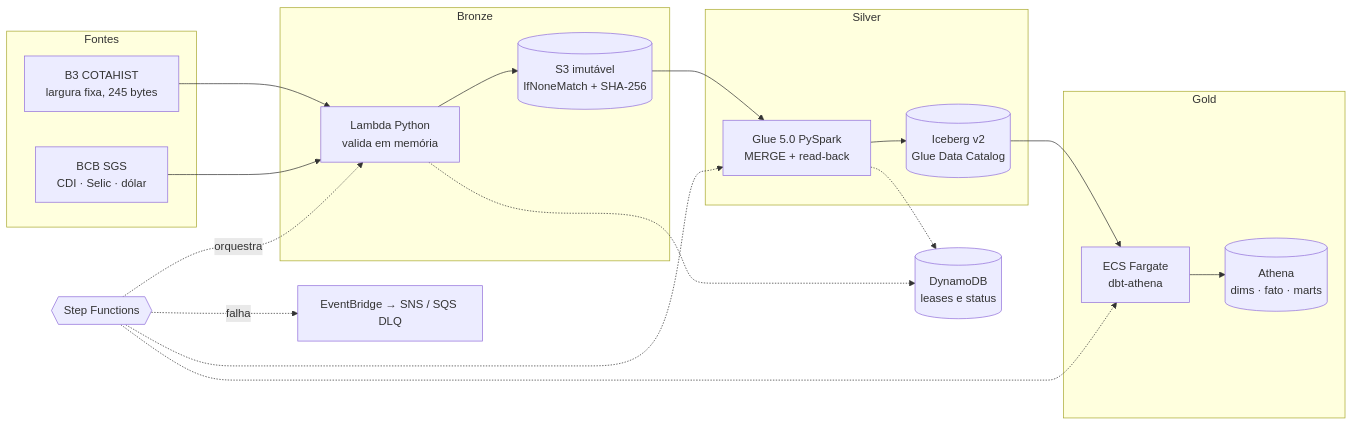
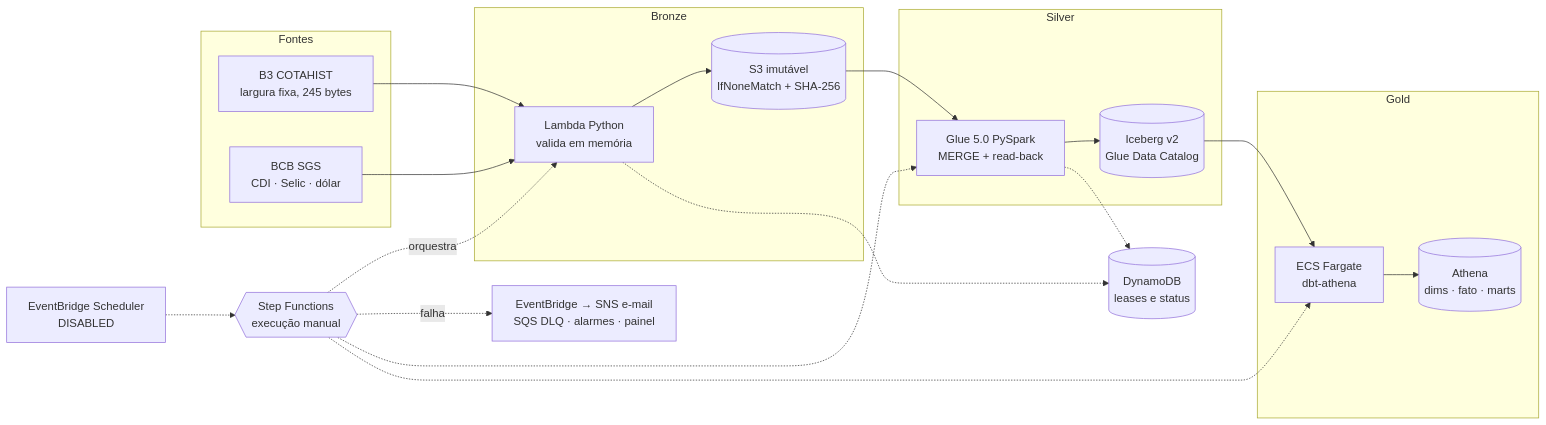
The diagram in README.md (AbnerRidigolo/b3-lakehouse-aws), drawn with Mermaid before and after one commit. The commit also changed other lines of this file and 2 other files, not shown here.

First line of the commit message:
docs: phase 6 closing plan, deployed diagram and updated figures

````diff
--- a/README.md
+++ b/README.md
@@ -22,30 +23,31 @@
 ```mermaid
 flowchart LR
   subgraph Fontes
     B3[B3 COTAHIST<br/>largura fixa, 245 bytes]
     BCB[BCB SGS<br/>CDI · Selic · dólar]
   end
   subgraph Bronze
     L[Lambda Python<br/>valida em memória]
     S3B[(S3 imutável<br/>IfNoneMatch + SHA-256)]
   end
   subgraph Silver
     G[Glue 5.0 PySpark<br/>MERGE + read-back]
     ICE[(Iceberg v2<br/>Glue Data Catalog)]
   end
   subgraph Gold
     F[ECS Fargate<br/>dbt-athena]
     ATH[(Athena<br/>dims · fato · marts)]
   end
   DDB[(DynamoDB<br/>leases e status)]
-  SF{{Step Functions}}
+  SCH[EventBridge Scheduler<br/>DISABLED] -.-> SF
+  SF{{Step Functions<br/>execução manual}}
   B3 --> L
   BCB --> L
   L --> S3B --> G --> ICE --> F --> ATH
   L -.-> DDB
   G -.-> DDB
   SF -.orquestra.-> L
   SF -.-> G
   SF -.-> F
-  SF -.falha.-> SNS[EventBridge → SNS / SQS DLQ]
+  SF -.falha.-> SNS[EventBridge → SNS e-mail<br/>SQS DLQ · alarmes · painel]
 ```
````
